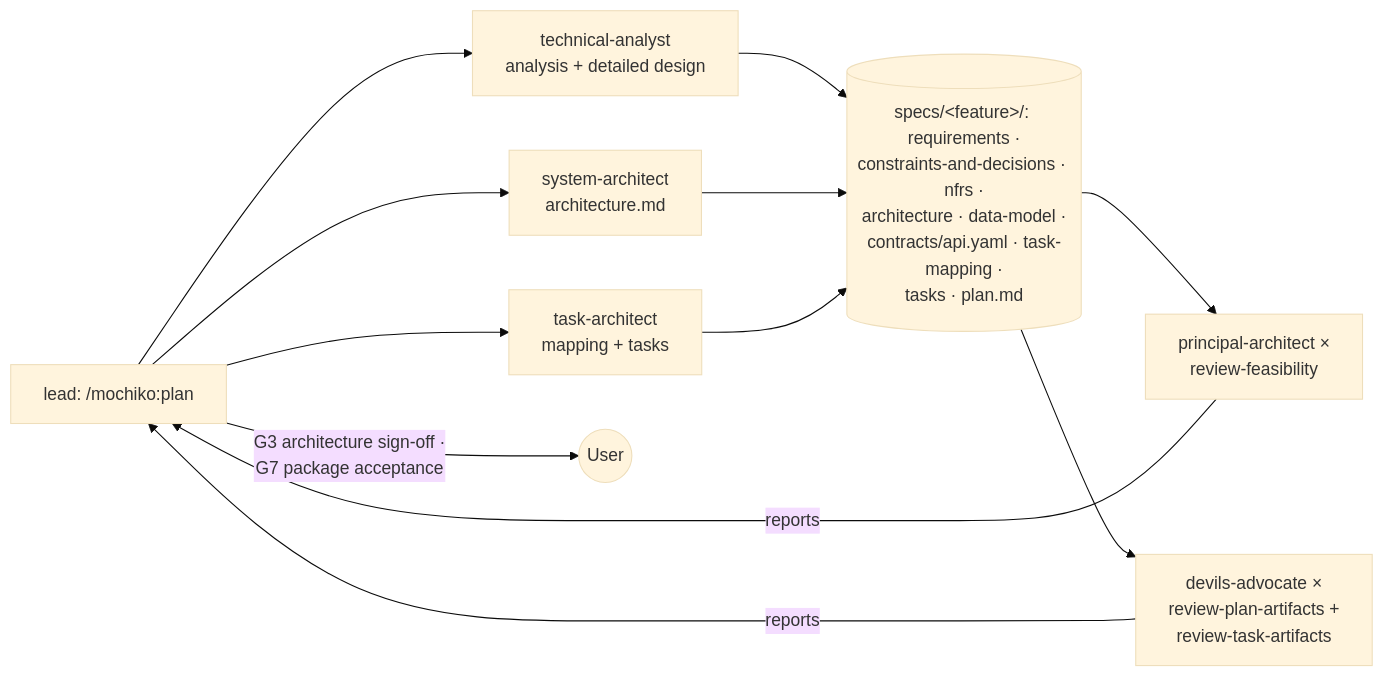
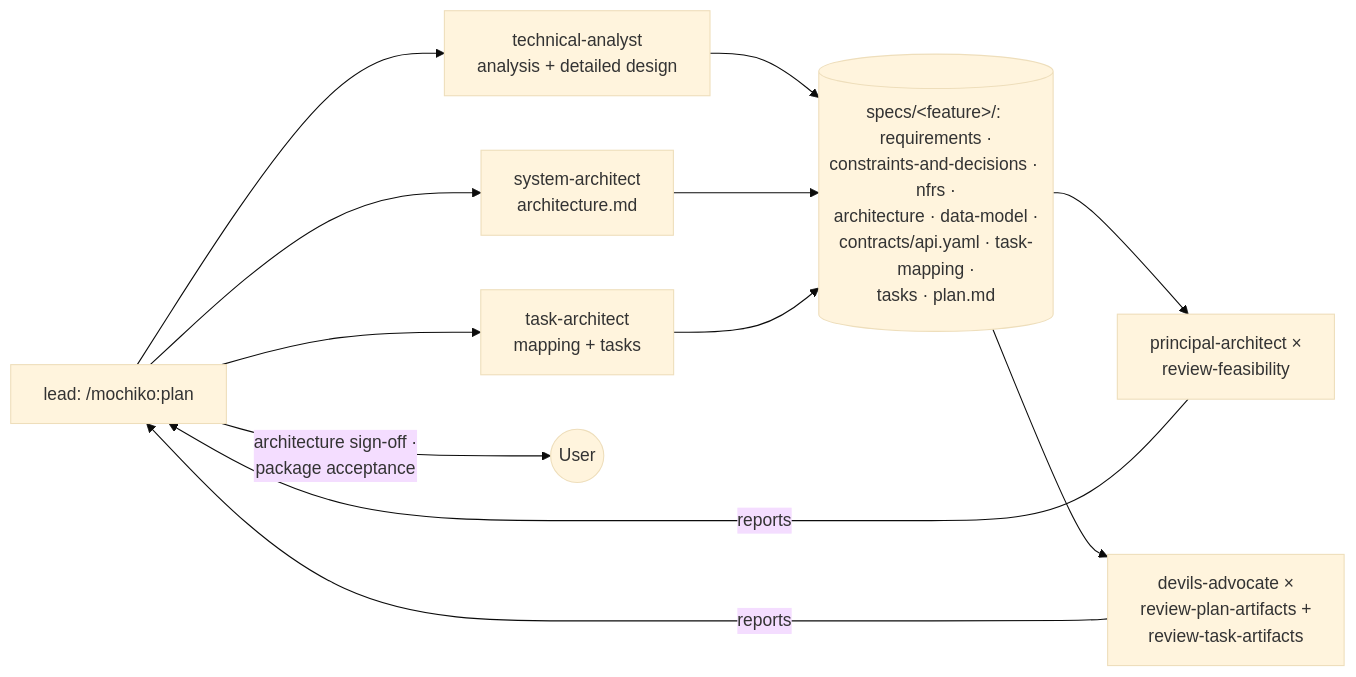
One commit to humaninloop-dev/mochiko changed the seventh of 8 diagrams in ARCHITECTURE.md. Above: the diagram before and after it, drawn with Mermaid (base theme). The commit also changed other lines of this file and 25 other files, not shown here.

````diff
--- a/ARCHITECTURE.md
+++ b/ARCHITECTURE.md
@@ -224,14 +225,14 @@
 ```mermaid
 flowchart LR
   lead["lead: /mochiko:plan"]
   ta["technical-analyst<br/>analysis + detailed design"]
   sa["system-architect<br/>architecture.md"]
   karch["task-architect<br/>mapping + tasks"]
   feas["principal-architect ×<br/>review-feasibility"]
   comp["devils-advocate ×<br/>review-plan-artifacts +<br/>review-task-artifacts"]
   lead --> ta & sa & karch
   ta & sa & karch --> pkg[("specs/&lt;feature&gt;/: requirements ·<br/>constraints-and-decisions · nfrs ·<br/>architecture · data-model ·<br/>contracts/api.yaml · task-mapping ·<br/>tasks · plan.md")]
   pkg --> feas & comp
   feas & comp -->|"reports"| lead
-  lead -->|"G3 architecture sign-off ·<br/>G7 package acceptance"| user(("User"))
+  lead -->|"architecture sign-off ·<br/>package acceptance"| user(("User"))
 ```
````
